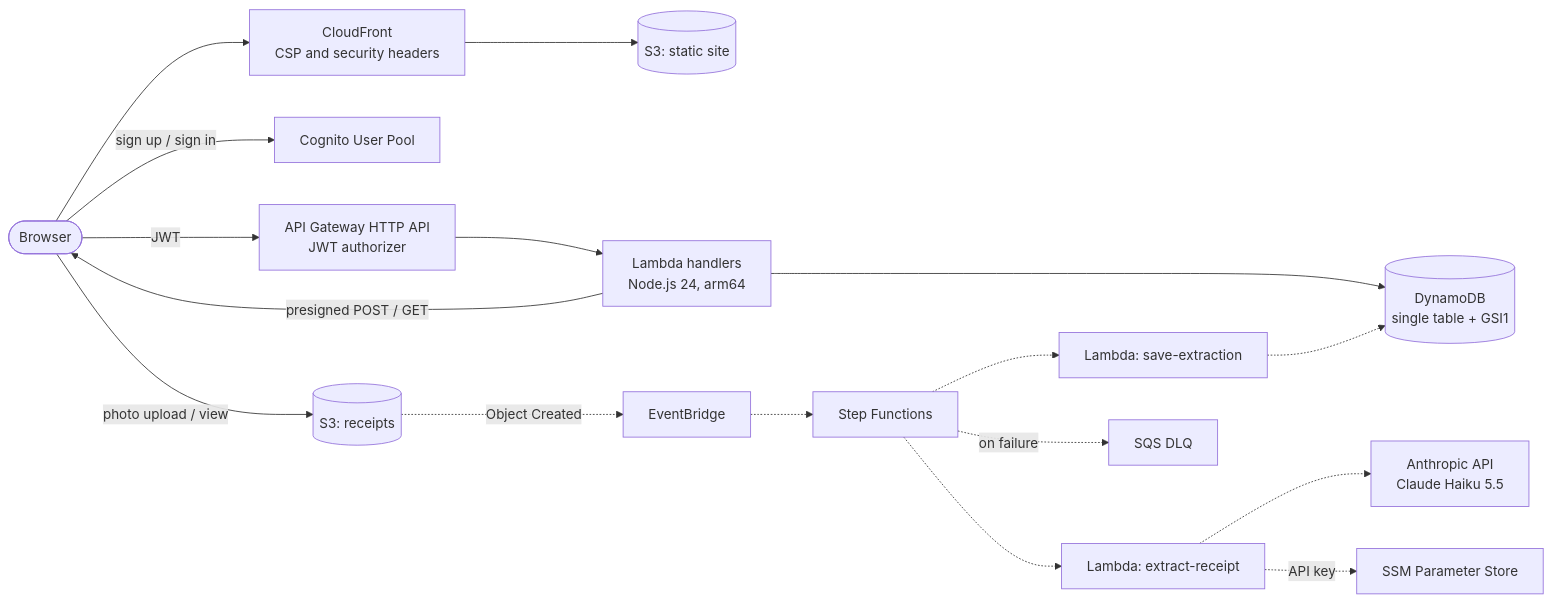
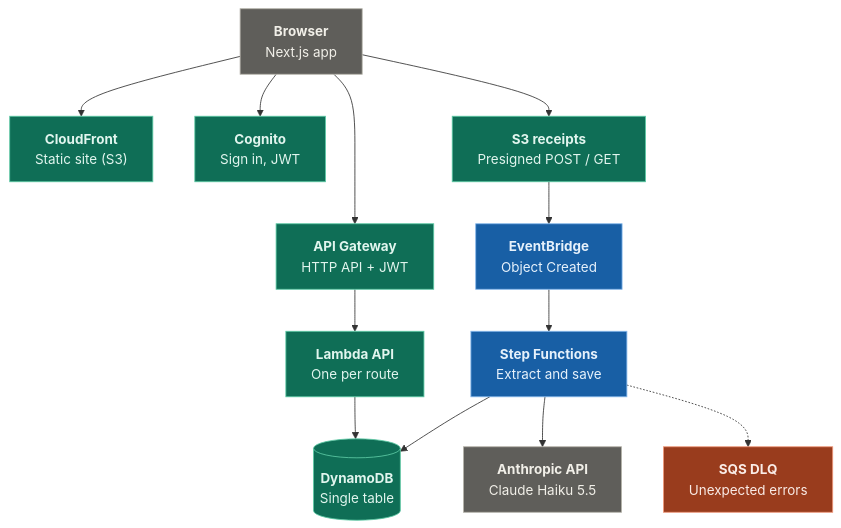
The first of 2 diagrams in README.md (faber1999/receipts-app-aws), drawn with Mermaid before and after one commit. The commit also changed other lines of this file, not shown here.

Commit message:
docs: redraw the architecture and receipt lifecycle diagrams
Color-code the overview by role (request path, async processing,
outside AWS, needs attention) and show the receipt workflow as a
flowchart where partial reads go to review and only unexpected
errors reach the DLQ.

````diff
--- a/README.md
+++ b/README.md
@@ -25,19 +25,30 @@
 ```mermaid
-flowchart LR
-  user([Browser]) --> cf[CloudFront<br/>CSP and security headers]
-  cf --> site[(S3: static site)]
-  user -- sign up / sign in --> cognito[Cognito User Pool]
-  user -- JWT --> apigw[API Gateway HTTP API<br/>JWT authorizer]
-  apigw --> lambdas[Lambda handlers<br/>Node.js 24, arm64]
-  lambdas --> ddb[(DynamoDB<br/>single table + GSI1)]
-  lambdas -- presigned POST / GET --> user
-  user -- photo upload / view --> receipts[(S3: receipts)]
-  receipts -. Object Created .-> eb[EventBridge]
-  eb -.-> sfn[Step Functions]
-  sfn -.-> extract[Lambda: extract-receipt]
-  extract -.-> ai[Anthropic API<br/>Claude Haiku 5.5]
-  extract -. API key .-> ssm[SSM Parameter Store]
-  sfn -.-> save[Lambda: save-extraction]
-  save -.-> ddb
-  sfn -. on failure .-> dlq[SQS DLQ]
+flowchart TB
+  browser["<b>Browser</b><br/>Next.js app"]
+  cf["<b>CloudFront</b><br/>Static site (S3)"]
+  cognito["<b>Cognito</b><br/>Sign in, JWT"]
+  apigw["<b>API Gateway</b><br/>HTTP API + JWT"]
+  receipts["<b>S3 receipts</b><br/>Presigned POST / GET"]
+  api["<b>Lambda API</b><br/>One per route"]
+  ddb[("<b>DynamoDB</b><br/>Single table")]
+  eb["<b>EventBridge</b><br/>Object Created"]
+  sfn["<b>Step Functions</b><br/>Extract and save"]
+  ai["<b>Anthropic API</b><br/>Claude Haiku 5.5"]
+  dlq["<b>SQS DLQ</b><br/>Unexpected errors"]
+
+  browser --> cf & cognito & apigw & receipts
+  apigw --> api --> ddb
+  receipts --> eb --> sfn
+  sfn --> ddb
+  sfn --> ai
+  sfn -.-> dlq
+
+  classDef request fill:#0f6e56,stroke:#5dcaa5,color:#e1f5ee
+  classDef async fill:#185fa5,stroke:#85b7eb,color:#e6f1fb
+  classDef outside fill:#5f5e5a,stroke:#b4b2a9,color:#f1efe8
+  classDef attention fill:#993c1d,stroke:#f0997b,color:#faece7
+  class cf,cognito,apigw,receipts,api,ddb request
+  class eb,sfn async
+  class browser,ai outside
+  class dlq attention
 ```
````
